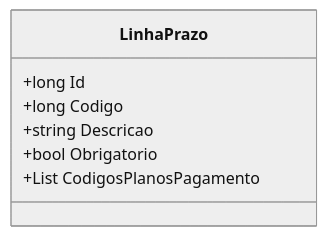
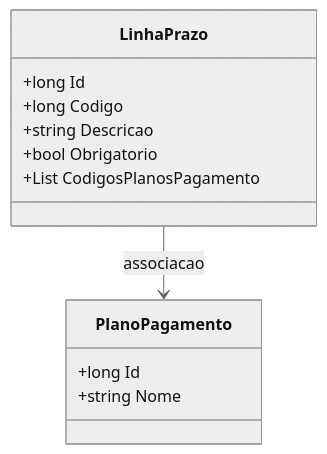
Before and after one commit to IsthmusSistemas/documentacao-tecnica: the diagram in docs/b2b-dominio/IsthmusWinthor.Nucleo/IsthmusWinthor.Dominio/POCO/LinhaPrazo.md, drawn with Mermaid (neutral theme). The commit also changed other lines of this file and 882 other files, not shown here.

````diff
--- a/docs/b2b-dominio/IsthmusWinthor.Nucleo/IsthmusWinthor.Dominio/POCO/LinhaPrazo.md
+++ b/docs/b2b-dominio/IsthmusWinthor.Nucleo/IsthmusWinthor.Dominio/POCO/LinhaPrazo.md
@@ -22,10 +25,17 @@
 ```mermaid
 classDiagram
     class LinhaPrazo {
         +long Id
         +long Codigo
         +string Descricao
         +bool Obrigatorio
         +List<long> CodigosPlanosPagamento
     }
-```
+
+    class PlanoPagamento {
+        +long Id
+        +string Nome
+    }
+    
+    LinhaPrazo --> PlanoPagamento : associacao
+``` 
````
